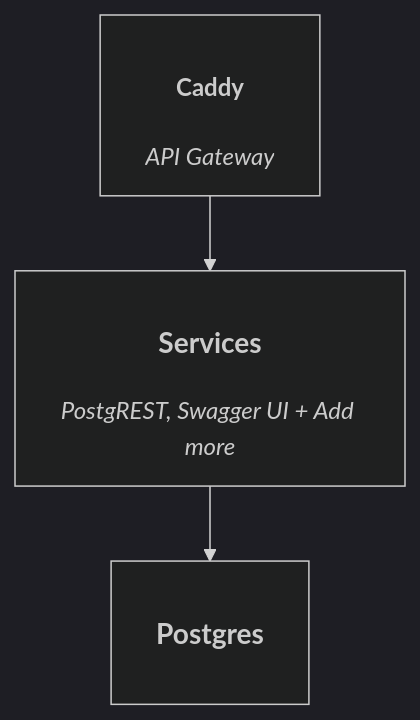
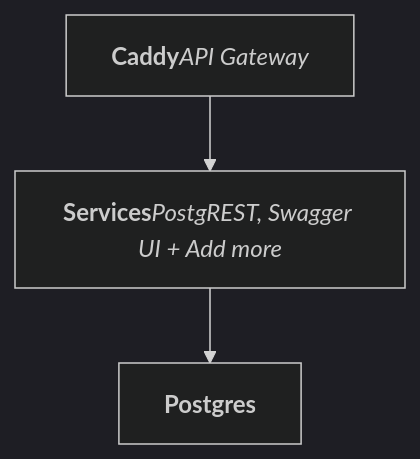
Before and after one commit to explodinglabs/superstack: the diagram in README.md, drawn with Mermaid (dark theme).

Commit message:
Adjust readme

````diff
--- a/README.md
+++ b/README.md
@@ -14,6 +14,6 @@
 ```mermaid
 flowchart TD
-    Caddy["<h4>Caddy</h4><i>API Gateway<i>"]
-    Caddy --> Middleware["<h3>Services</h3><i>PostgREST, Swagger UI + Add more</i>"]
-    Middleware --> Postgres["<h3>Postgres</h3>"]
+    Caddy["<b>Caddy</b><i>API Gateway<i>"]
+    Caddy --> Middleware["<b>Services</b><i>PostgREST, Swagger UI + Add more</i>"]
+    Middleware --> Postgres["<b>Postgres</b>"]
 ```
````
